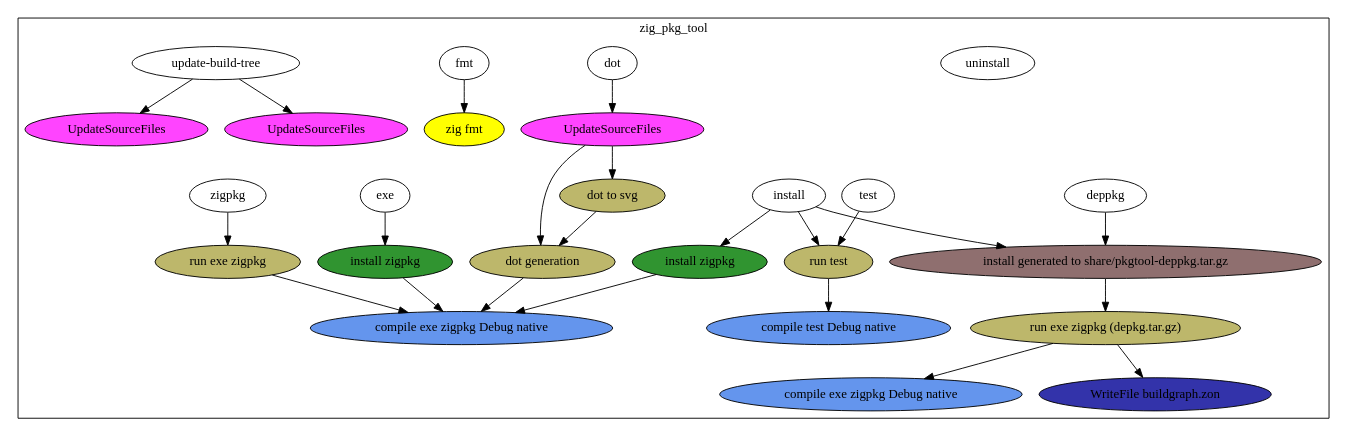
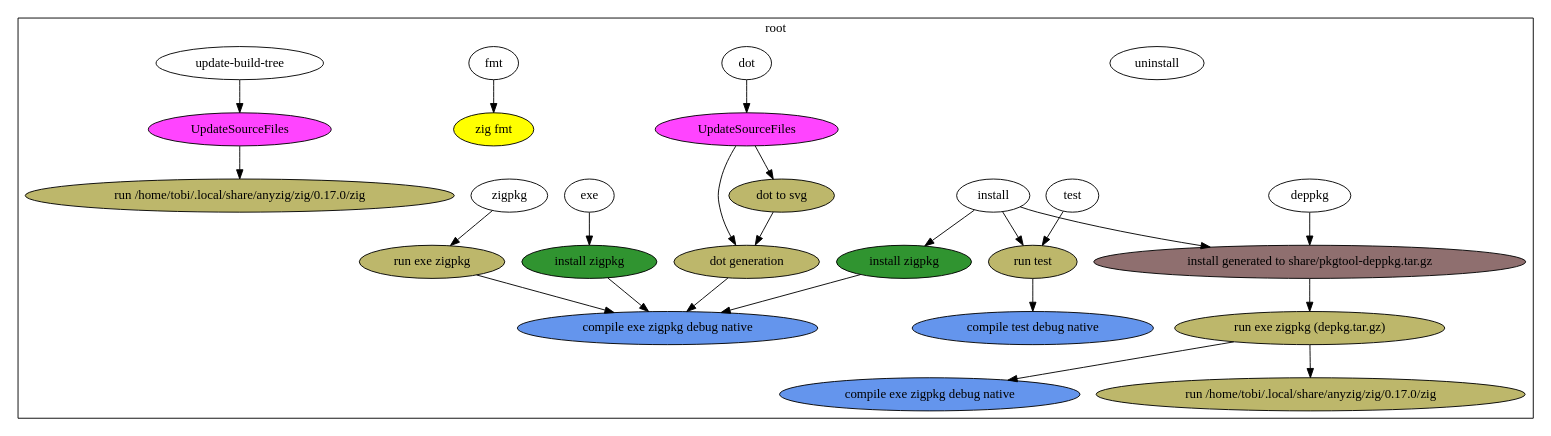
One commit to dasimmet/zig_pkg_tool changed the diagram in graph.dot. Above: the diagram before and after it, drawn with Graphviz. The commit also changed 22 other files, not shown here.

Commit message:
upgrade to zig 0.17.0 using zig build --print-configuration

```diff
--- a/graph.dot
+++ b/graph.dot
@@ -1,82 +1,78 @@
 digraph {
 "N0" [label="install", style="filled", fillcolor="#ffffff", group="G0", tooltip=""]
-"N0" -> "N1"
-"N0" -> "N5"
-"N0" -> "N7"
-"N1" [label="install generated to share/pkgtool-deppkg.tar.gz", style="filled", fillcolor="#8f6f6f", group="G0", tooltip=""]
-"N1" -> "N2"
-"N2" [label="run exe zigpkg (depkg.tar.gz)", style="filled", fillcolor="#bdb76b", group="G0", tooltip=""]
-"N2" -> "N3"
-"N2" -> "N4"
-"N3" [label="compile exe zigpkg Debug native", style="filled", fillcolor="#6495ed", group="G0", tooltip=""]
-"N4" [label="WriteFile buildgraph.zon", style="filled", fillcolor="#3333aa", group="G0", tooltip=""]
-"N5" [label="install zigpkg", style="filled", fillcolor="#309430", group="G0", tooltip=""]
-"N5" -> "N6"
-"N6" [label="compile exe zigpkg Debug native", style="filled", fillcolor="#6495ed", group="G0", tooltip=""]
-"N7" [label="run test", style="filled", fillcolor="#bdb76b", group="G0", tooltip=""]
-"N7" -> "N8"
-"N8" [label="compile test Debug native", style="filled", fillcolor="#6495ed", group="G0", tooltip=""]
-"N9" [label="uninstall", style="filled", fillcolor="#ffffff", group="G0", tooltip=""]
-"N10" [label="deppkg", style="filled", fillcolor="#ffffff", group="G0", tooltip=""]
-"N10" -> "N1"
-"N11" [label="exe", style="filled", fillcolor="#ffffff", group="G0", tooltip=""]
-"N11" -> "N12"
+"N0" -> "N9"
+"N0" -> "N10"
+"N0" -> "N11"
+"N1" [label="uninstall", style="filled", fillcolor="#ffffff", group="G0", tooltip=""]
+"N2" [label="deppkg", style="filled", fillcolor="#ffffff", group="G0", tooltip=""]
+"N2" -> "N9"
+"N3" [label="exe", style="filled", fillcolor="#ffffff", group="G0", tooltip=""]
+"N3" -> "N12"
+"N4" [label="zigpkg", style="filled", fillcolor="#ffffff", group="G0", tooltip=""]
+"N4" -> "N13"
+"N5" [label="test", style="filled", fillcolor="#ffffff", group="G0", tooltip=""]
+"N5" -> "N11"
+"N6" [label="dot", style="filled", fillcolor="#ffffff", group="G0", tooltip=""]
+"N6" -> "N14"
+"N7" [label="fmt", style="filled", fillcolor="#ffffff", group="G0", tooltip=""]
+"N7" -> "N15"
+"N8" [label="update-build-tree", style="filled", fillcolor="#ffffff", group="G0", tooltip=""]
+"N8" -> "N16"
+"N9" [label="install generated to share/pkgtool-deppkg.tar.gz", style="filled", fillcolor="#8f6f6f", group="G0", tooltip=""]
+"N9" -> "N17"
+"N10" [label="install zigpkg", style="filled", fillcolor="#309430", group="G0", tooltip=""]
+"N10" -> "N18"
+"N11" [label="run test", style="filled", fillcolor="#bdb76b", group="G0", tooltip=""]
+"N11" -> "N19"
 "N12" [label="install zigpkg", style="filled", fillcolor="#309430", group="G0", tooltip=""]
-"N12" -> "N6"
-"N13" [label="zigpkg", style="filled", fillcolor="#ffffff", group="G0", tooltip=""]
-"N13" -> "N14"
-"N14" [label="run exe zigpkg", style="filled", fillcolor="#bdb76b", group="G0", tooltip=""]
-"N14" -> "N6"
-"N15" [label="test", style="filled", fillcolor="#ffffff", group="G0", tooltip=""]
-"N15" -> "N7"
-"N16" [label="dot", style="filled", fillcolor="#ffffff", group="G0", tooltip=""]
-"N16" -> "N17"
-"N17" [label="UpdateSourceFiles", style="filled", fillcolor="#ff44ff", group="G0", tooltip=""]
-"N17" -> "N18"
-"N17" -> "N19"
-"N18" [label="dot generation", style="filled", fillcolor="#bdb76b", group="G0", tooltip=""]
-"N18" -> "N6"
-"N19" [label="dot to svg", style="filled", fillcolor="#bdb76b", group="G0", tooltip=""]
-"N19" -> "N18"
-"N20" [label="fmt", style="filled", fillcolor="#ffffff", group="G0", tooltip=""]
-"N20" -> "N21"
-"N21" [label="zig fmt", style="filled", fillcolor="#ffff00", group="G0", tooltip=""]
-"N22" [label="update-build-tree", style="filled", fillcolor="#ffffff", group="G0", tooltip=""]
-"N22" -> "N23"
-"N22" -> "N24"
-"N23" [label="UpdateSourceFiles", style="filled", fillcolor="#ff44ff", group="G0", tooltip=""]
-"N24" [label="UpdateSourceFiles", style="filled", fillcolor="#ff44ff", group="G0", tooltip=""]
+"N12" -> "N18"
+"N13" [label="run exe zigpkg", style="filled", fillcolor="#bdb76b", group="G0", tooltip=""]
+"N13" -> "N18"
+"N14" [label="UpdateSourceFiles", style="filled", fillcolor="#ff44ff", group="G0", tooltip=""]
+"N14" -> "N20"
+"N14" -> "N21"
+"N15" [label="zig fmt", style="filled", fillcolor="#ffff00", group="G0", tooltip=""]
+"N16" [label="UpdateSourceFiles", style="filled", fillcolor="#ff44ff", group="G0", tooltip=""]
+"N16" -> "N22"
+"N17" [label="run exe zigpkg (depkg.tar.gz)", style="filled", fillcolor="#bdb76b", group="G0", tooltip=""]
+"N17" -> "N23"
+"N17" -> "N24"
+"N18" [label="compile exe zigpkg debug native", style="filled", fillcolor="#6495ed", group="G0", tooltip=""]
+"N19" [label="compile test debug native", style="filled", fillcolor="#6495ed", group="G0", tooltip=""]
+"N20" [label="dot generation", style="filled", fillcolor="#bdb76b", group="G0", tooltip=""]
+"N20" -> "N18"
+"N21" [label="dot to svg", style="filled", fillcolor="#bdb76b", group="G0", tooltip=""]
+"N21" -> "N20"
+"N22" [label="run /home/tobi/.local/share/anyzig/zig/0.17.0/zig", style="filled", fillcolor="#bdb76b", group="G0", tooltip=""]
+"N23" [label="compile exe zigpkg debug native", style="filled", fillcolor="#6495ed", group="G0", tooltip=""]
+"N24" [label="run /home/tobi/.local/share/anyzig/zig/0.17.0/zig", style="filled", fillcolor="#bdb76b", group="G0", tooltip=""]
 subgraph cluster_0 {
   cluster = true
-  label = "zig_pkg_tool"
+  label = "root"
   "N0"
   "N1"
   "N2"
   "N3"
   "N4"
   "N5"
   "N6"
   "N7"
   "N8"
   "N9"
   "N10"
   "N11"
   "N12"
   "N13"
   "N14"
   "N15"
   "N16"
   "N17"
   "N18"
   "N19"
   "N20"
   "N21"
   "N22"
   "N23"
   "N24"
 }
-subgraph cluster_1 {
-  cluster = true
-  label = "zig_pkg_tool/zig-pkg/known_folders-0.0.0-Fy-PJiDLAAB98m3uYUzatrTb2mO2fpvwx2zpSroEtfbO"
 }
-}
```
